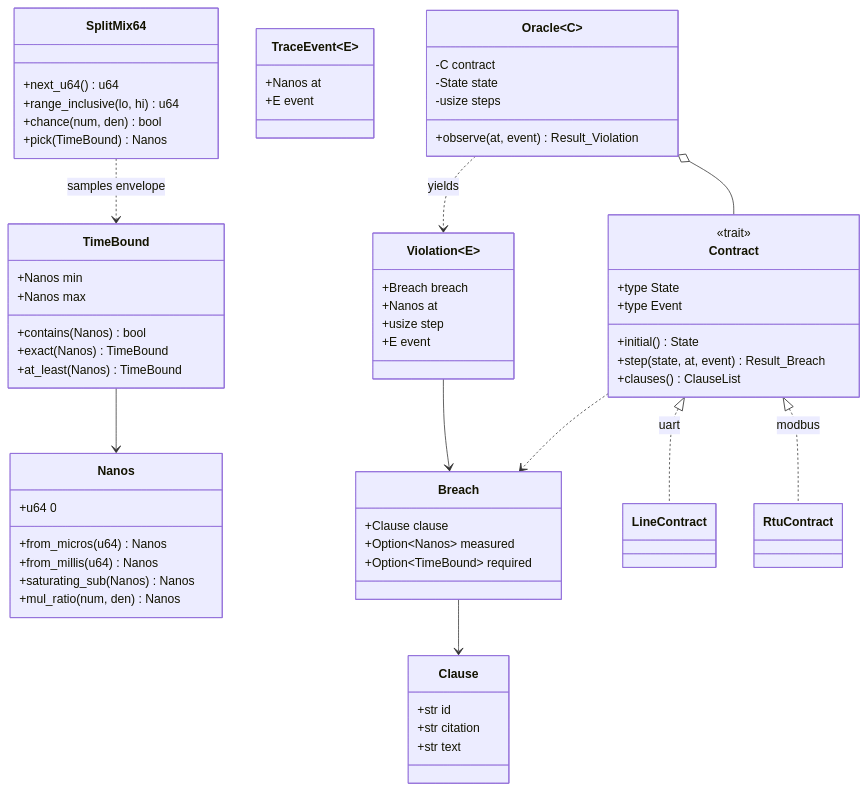
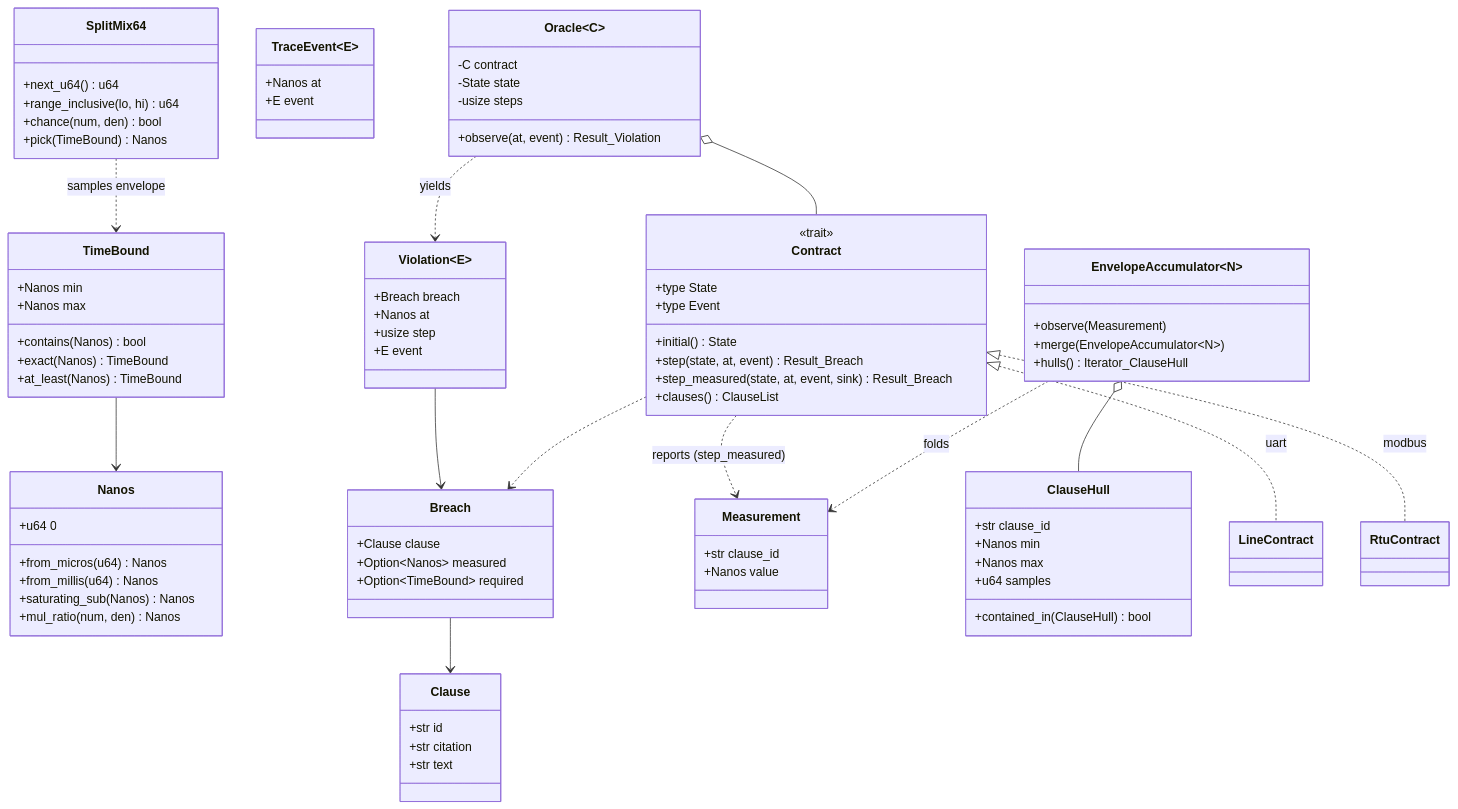
Before and after one commit to akharon/stable-hal: the third of 10 diagrams in docs/architecture.md, drawn with Mermaid. The commit also changed other lines of this file and 19 other files, not shown here.

````diff
--- a/docs/architecture.md
+++ b/docs/architecture.md
@@ -198,7 +278,24 @@
         +type Event
         +initial() State
         +step(state, at, event) Result_Breach
+        +step_measured(state, at, event, sink) Result_Breach
         +clauses() ClauseList
+    }
+    class Measurement {
+        +str clause_id
+        +Nanos value
+    }
+    class ClauseHull {
+        +str clause_id
+        +Nanos min
+        +Nanos max
+        +u64 samples
+        +contained_in(ClauseHull) bool
+    }
+    class EnvelopeAccumulator~N~ {
+        +observe(Measurement)
+        +merge(EnvelopeAccumulator~N~)
+        +hulls() Iterator_ClauseHull
     }
     class Oracle~C~ {
         -C contract
@@ -231,4 +328,7 @@
     Contract ..> Breach
     TimeBound --> Nanos
     SplitMix64 ..> TimeBound : samples envelope
+    Contract ..> Measurement : reports (step_measured)
+    EnvelopeAccumulator~N~ o-- ClauseHull
+    EnvelopeAccumulator~N~ ..> Measurement : folds
 ```
````
